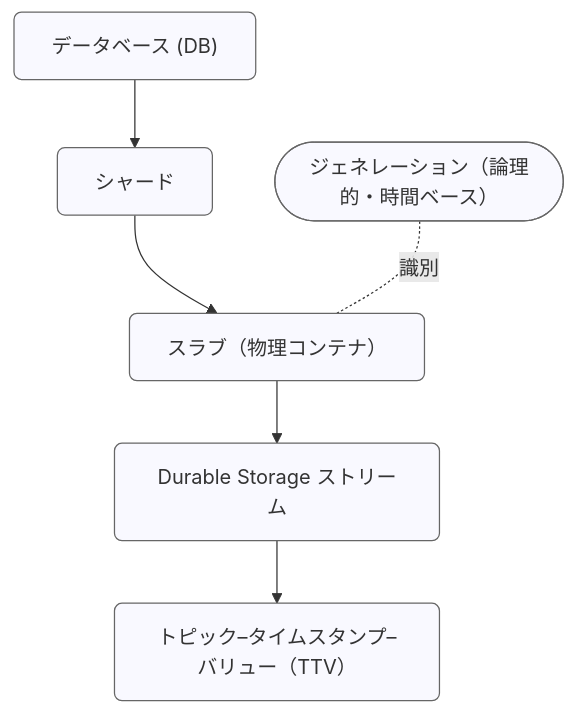
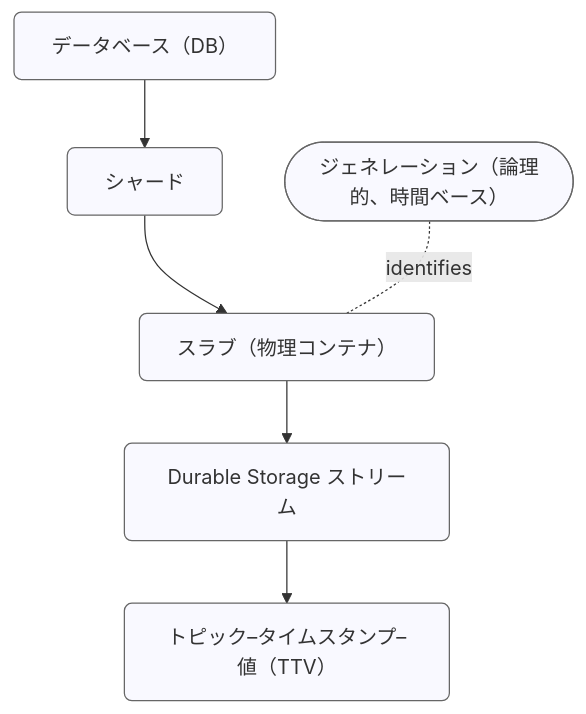
The diagram in ja_JP/develop/design/durable-storage.md (emqx/emqx-docs), drawn with Mermaid before and after one commit. The commit also changed other lines of this file and 420 other files, not shown here.

````diff
--- a/ja_JP/develop/design/durable-storage.md
+++ b/ja_JP/develop/design/durable-storage.md
@@ -30,20 +30,20 @@
 ```mermaid
 flowchart TB
     %% Durable Storage Hierarchy Diagram
-    DB["データベース (DB)"]
+    DB["データベース（DB）"]
     SH["シャード"]
-    GEN(["ジェネレーション（論理的・時間ベース）"])
+    GEN(["ジェネレーション（論理的、時間ベース）"])
     SL["スラブ（物理コンテナ）"]
     ST["Durable Storage ストリーム"]
-    TTV["トピック–タイムスタンプ–バリュー（TTV）"]
+    TTV["トピック–タイムスタンプ–値（TTV）"]
 
     %% Main hierarchy
     DB --> SH --> SL --> ST --> TTV
 
     %% Logical relationship
-    GEN -. 識別 .- SL
+    GEN -. identifies .- SL
 
     %% Styling
     classDef box fill:#f9f9ff,stroke:#666,stroke-width:1px,rx:6,ry:6;
     class DB,SH,SL,ST,TTV,GEN box;
 ```
````
